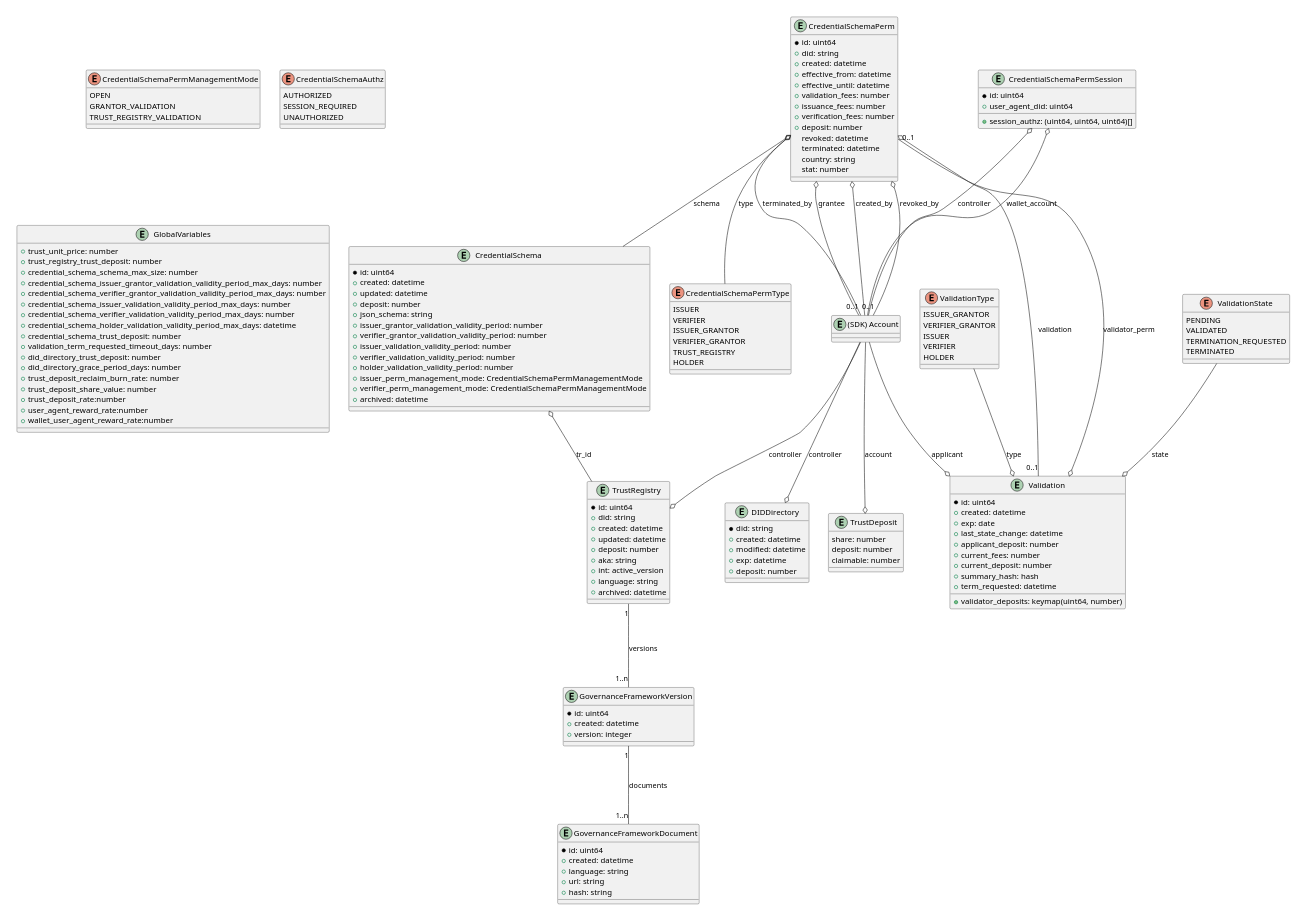
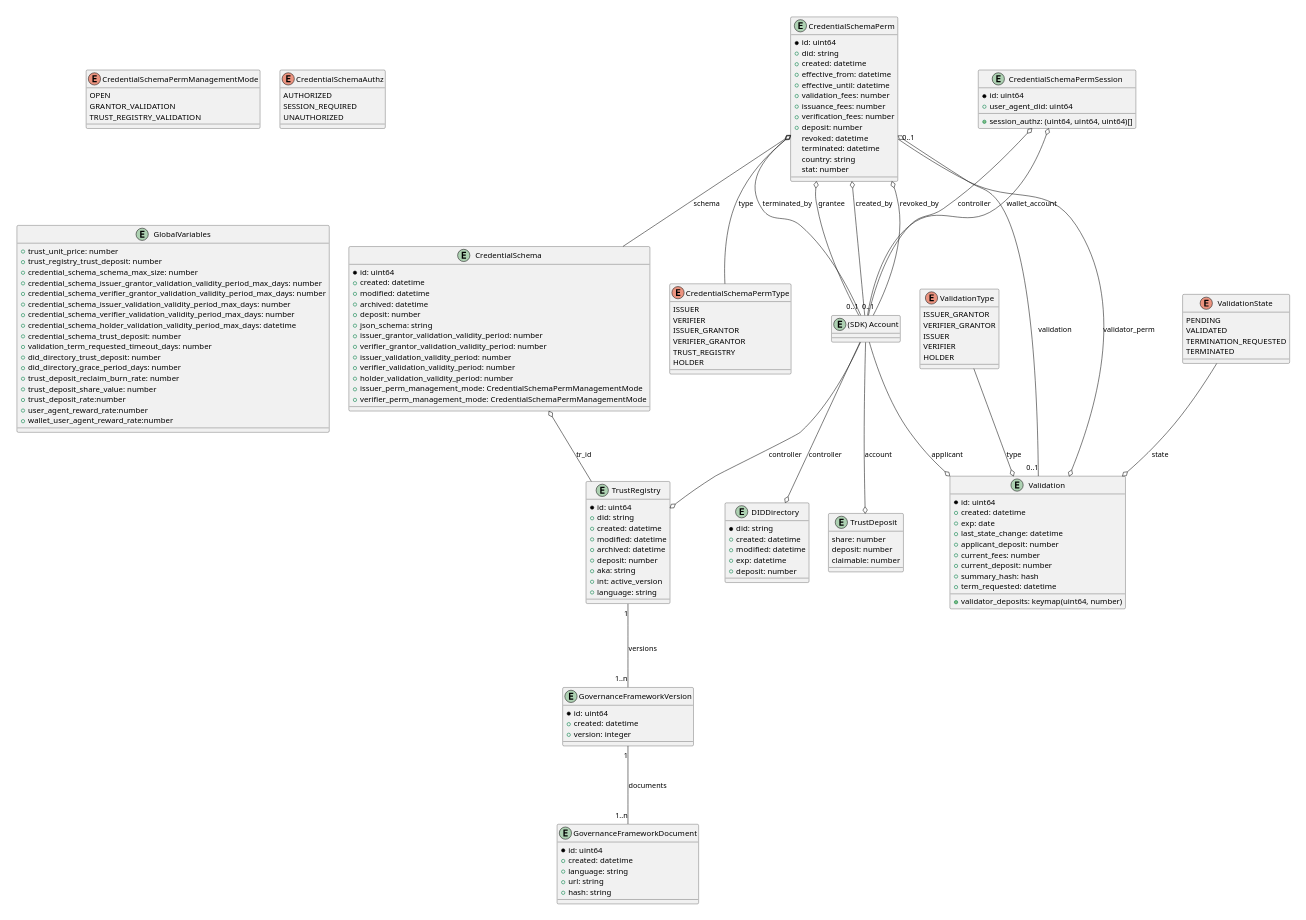
One commit to verana-labs/verifiable-trust-vpr-spec changed the sixth of 12 diagrams in spec.md. Above: the diagram before and after it, drawn with PlantUML. The commit also changed other lines of this file, not shown here.

```diff
--- a/spec.md
+++ b/spec.md
@@ -651,12 +651,13 @@
   *id: uint64
   +did: string
   +created: datetime
-  +updated: datetime
+  +modified: datetime
+  +archived: datetime
   +deposit: number
   +aka: string
   +int: active_version
   +language: string
-  +archived: datetime
+  
 }
 
 entity "GovernanceFrameworkVersion" as gfv {
@@ -677,7 +678,8 @@
 entity "CredentialSchema" as cs {
   *id: uint64
   +created: datetime
-  +updated: datetime
+  +modified: datetime
+  +archived: datetime
   +deposit: number
   +json_schema: string
   +issuer_grantor_validation_validity_period: number
@@ -687,7 +689,6 @@
   +holder_validation_validity_period: number
   +issuer_perm_management_mode: CredentialSchemaPermManagementMode
   +verifier_perm_management_mode: CredentialSchemaPermManagementMode
-  +archived: datetime
 }
 
 enum "CredentialSchemaPermManagementMode" as cspm {
```
